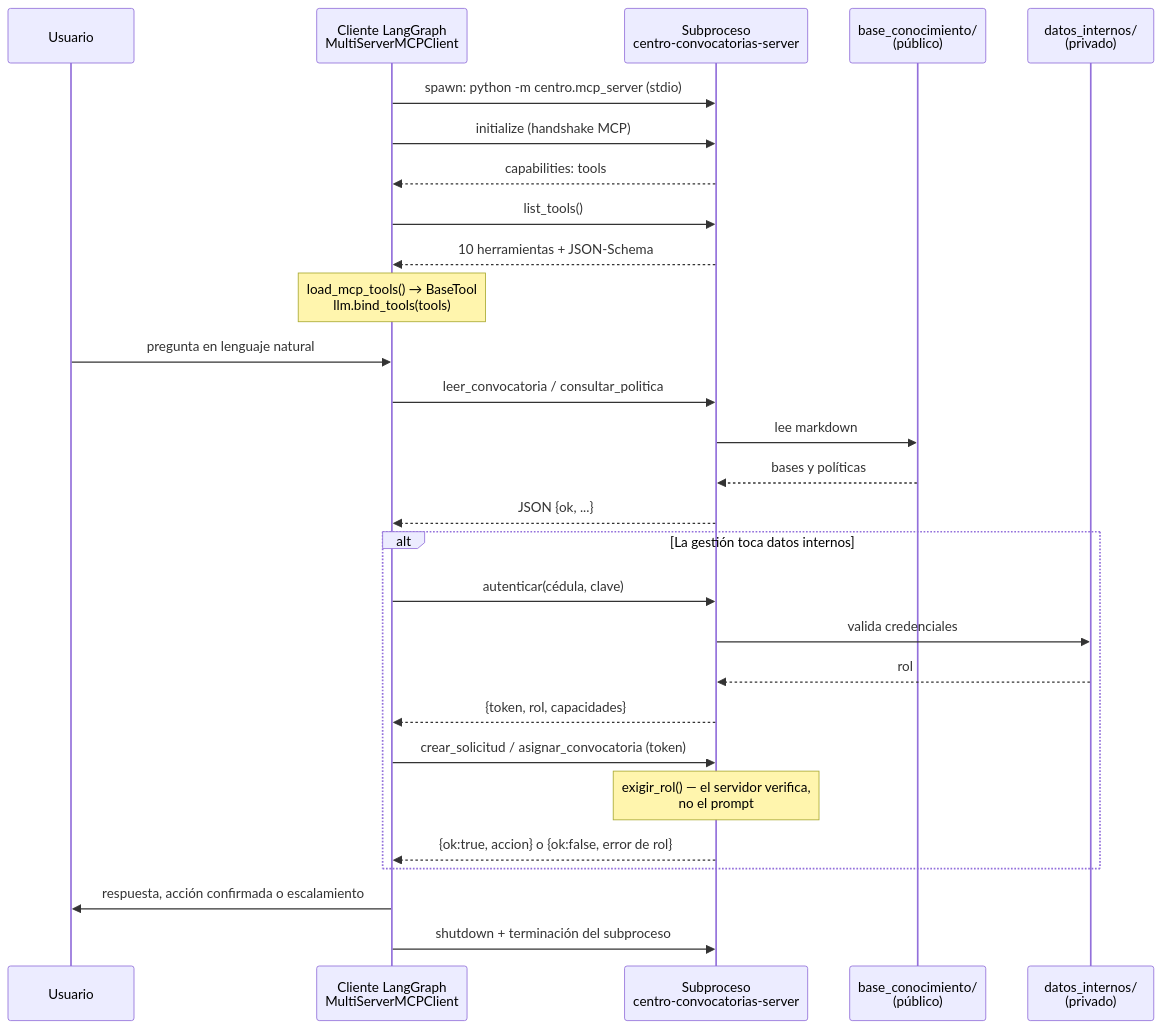
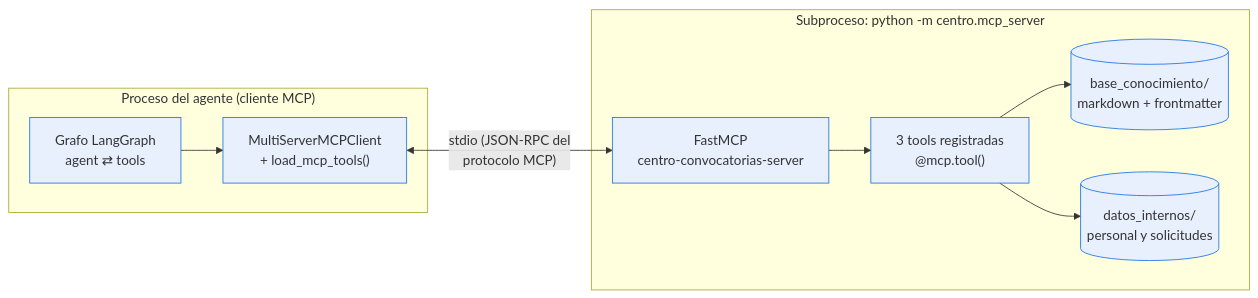
One commit to mesabusta/asistente-convocatorias changed the second of 2 diagrams in wiki_semana2.md. Above: the diagram before and after it, drawn with Mermaid. The commit also changed other lines of this file and 8 other files, not shown here.

````diff
--- a/wiki_semana2.md
+++ b/wiki_semana2.md
@@ -360,34 +213,15 @@
 ```mermaid
-sequenceDiagram
-    participant U as Usuario
-    participant C as Cliente LangGraph<br/>MultiServerMCPClient
-    participant S as Subproceso<br/>centro-convocatorias-server
-    participant KB as base_conocimiento/<br/>(público)
-    participant DI as datos_internos/<br/>(privado)
+flowchart LR
+    subgraph CLIENTE["Proceso del agente (cliente MCP)"]
+        G["Grafo LangGraph<br/>agent ⇄ tools"] --> C["MultiServerMCPClient<br/>+ load_mcp_tools()"]
+    end
+    subgraph SERVIDOR["Subproceso: python -m centro.mcp_server"]
+        S["FastMCP<br/>centro-convocatorias-server"] --> H["3 tools registradas<br/>@mcp.tool()"]
+        H --> D1[("base_conocimiento/<br/>markdown + frontmatter")]
+        H --> D2[("datos_internos/<br/>personal y solicitudes")]
+    end
+    C <-->|"stdio (JSON-RPC del<br/>protocolo MCP)"| S
 
-    C->>S: spawn: python -m centro.mcp_server (stdio)
-    C->>S: initialize (handshake MCP)
-    S-->>C: capabilities: tools
-    C->>S: list_tools()
-    S-->>C: 10 herramientas + JSON-Schema
-    Note over C: load_mcp_tools() → BaseTool<br/>llm.bind_tools(tools)
-
-    U->>C: pregunta en lenguaje natural
-    C->>S: leer_convocatoria / consultar_politica
-    S->>KB: lee markdown
-    KB-->>S: bases y políticas
-    S-->>C: JSON {ok, ...}
-
-    alt La gestión toca datos internos
-        C->>S: autenticar(cédula, clave)
-        S->>DI: valida credenciales
-        DI-->>S: rol
-        S-->>C: {token, rol, capacidades}
-        C->>S: crear_solicitud / asignar_convocatoria (token)
-        Note over S: exigir_rol() — el servidor verifica,<br/>no el prompt
-        S-->>C: {ok:true, accion} o {ok:false, error de rol}
-    end
-
-    C->>U: respuesta, acción confirmada o escalamiento
-    C->>S: shutdown + terminación del subproceso
+    classDef tec fill:#E8F0FE,stroke:#1A73E8;
+    class G,C,S,H,D1,D2 tec;
 ```
````
